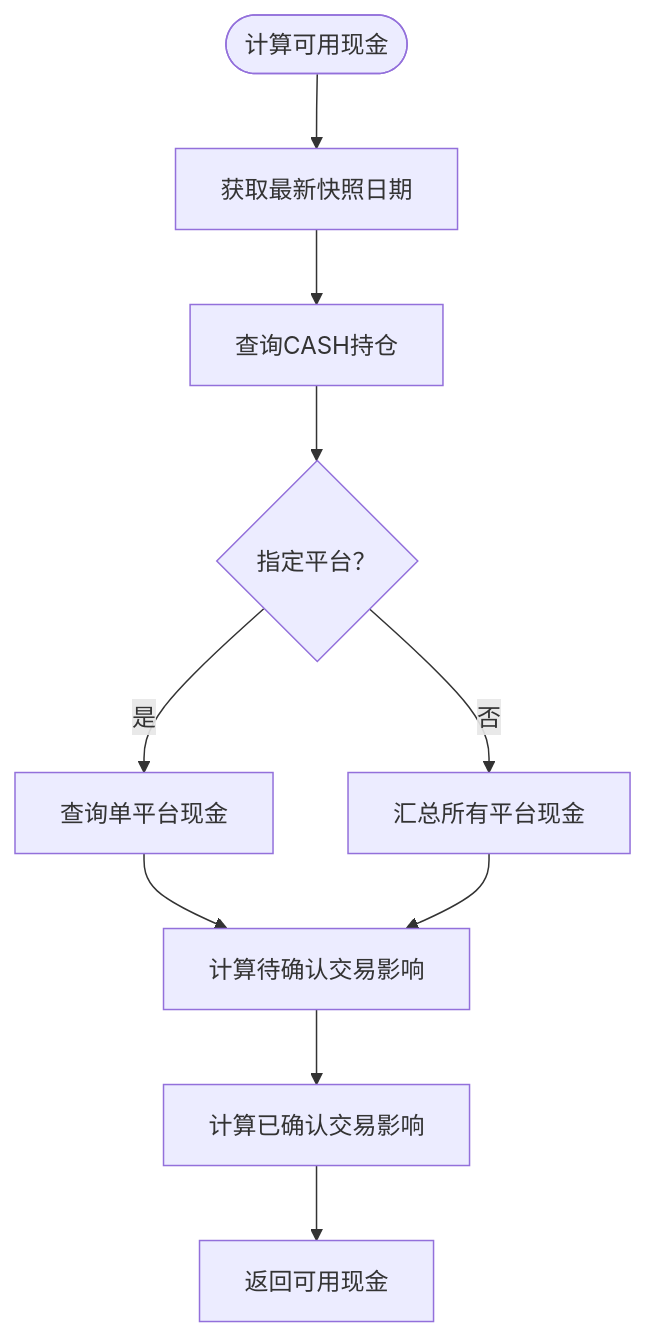
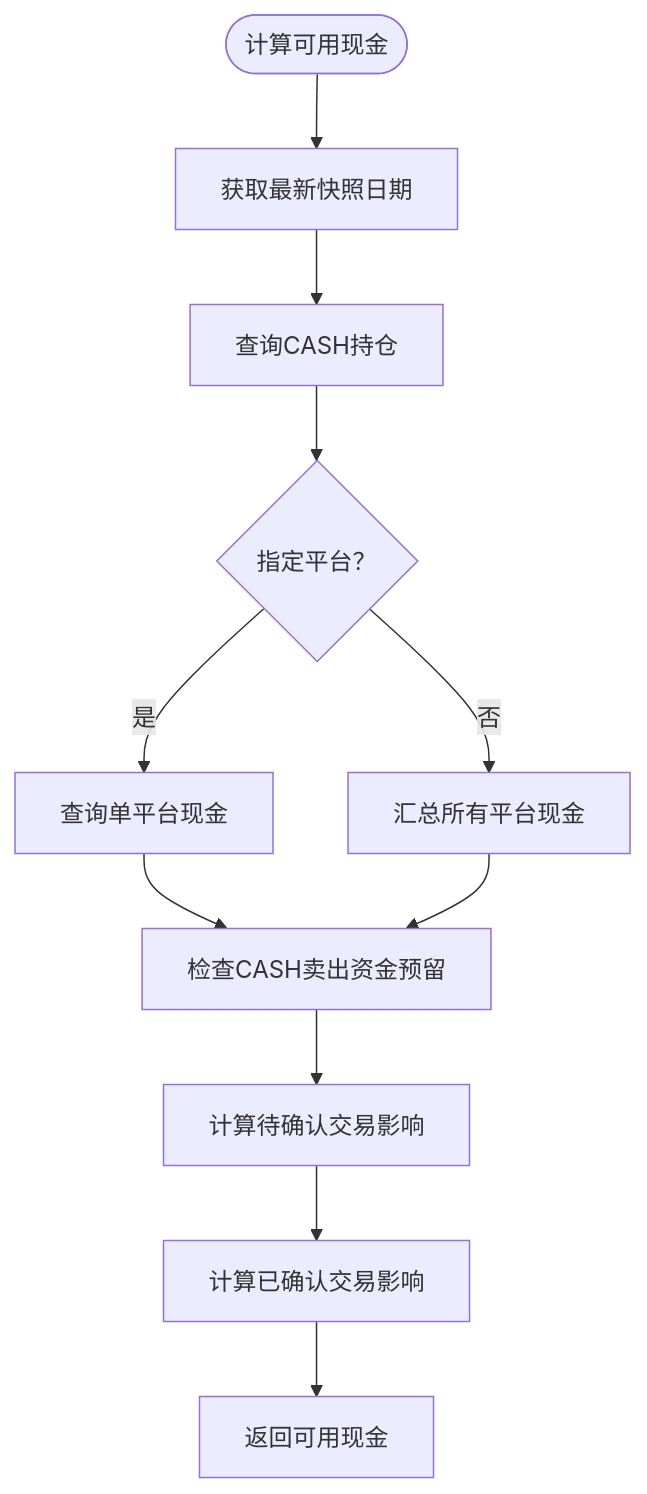
One commit to gujialind/InvestRing changed diagram 14 of 16 in .qoder/repowiki/zh/content/核心业务功能/交易处理.md. Above: the diagram before and after it, drawn with Mermaid. The commit also changed other lines of this file and 15 other files, not shown here.

````diff
--- a/.qoder/repowiki/zh/content/核心业务功能/交易处理.md
+++ b/.qoder/repowiki/zh/content/核心业务功能/交易处理.md
@@ -599,12 +631,13 @@
 ```mermaid
 flowchart TD
 Start(["计算可用现金"]) --> GetLatest["获取最新快照日期"]
 GetLatest --> QueryCash["查询CASH持仓"]
 QueryCash --> PlatformFilter{"指定平台？"}
 PlatformFilter --> |是| SinglePlat["查询单平台现金"]
 PlatformFilter --> |否| AllPlats["汇总所有平台现金"]
-SinglePlat --> CalcPending["计算待确认交易影响"]
-AllPlats --> CalcPending
+SinglePlat --> CheckReserve["检查CASH卖出资金预留"]
+AllPlats --> CheckReserve
+CheckReserve --> CalcPending["计算待确认交易影响"]
 CalcPending --> CalcConfirmed["计算已确认交易影响"]
 CalcConfirmed --> Result["返回可用现金"]
 ```
````
